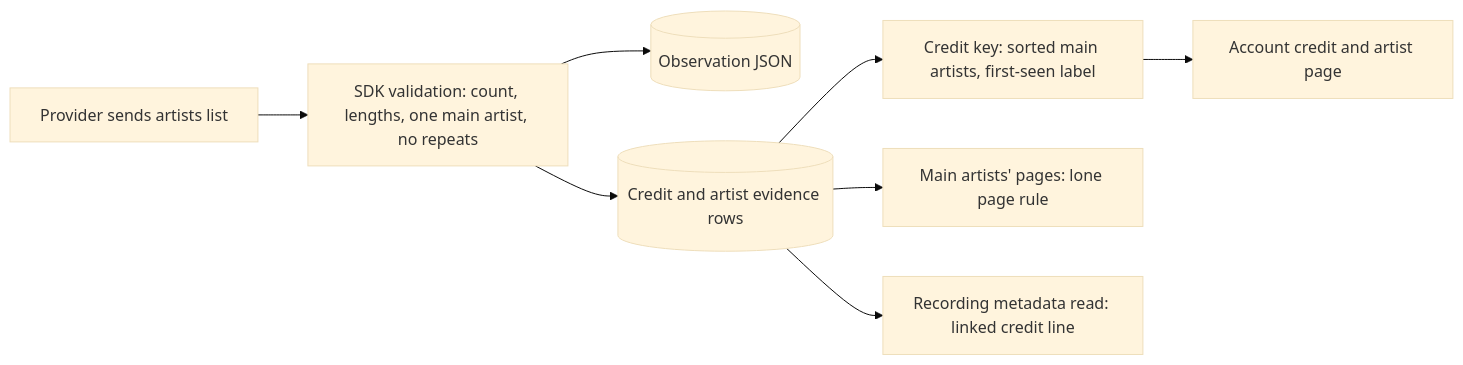
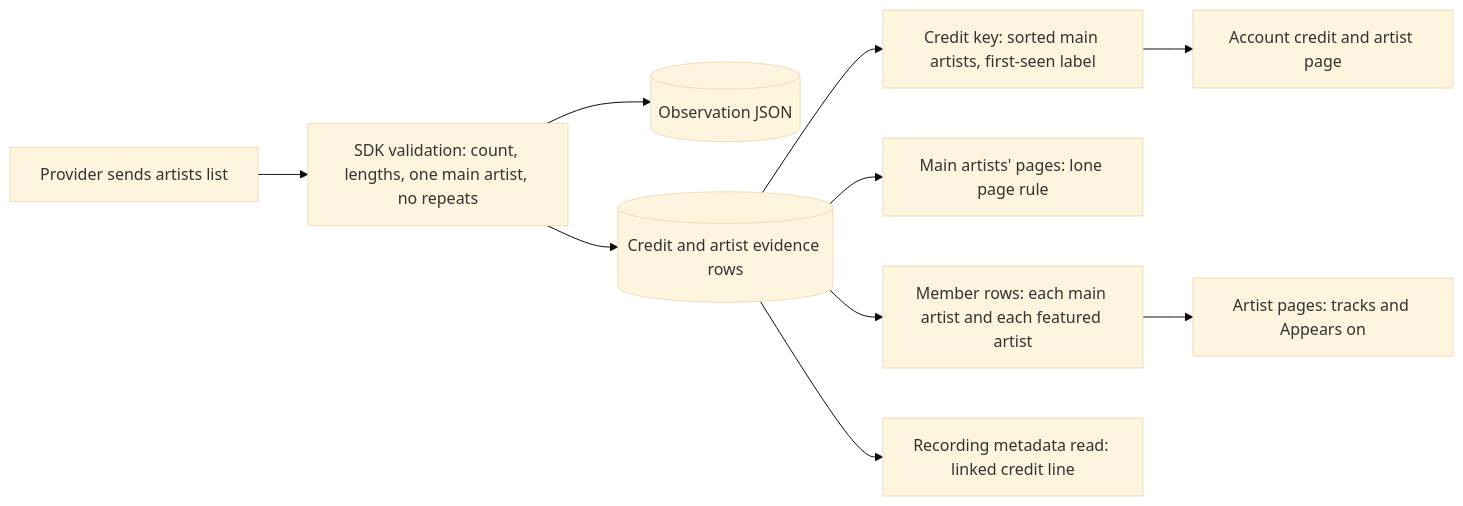
The first of 2 diagrams in docs/metadata.md (acidiney/hitoapp), drawn with Mermaid (base theme) before and after one commit. The commit also changed other lines of this file and 2 other files, not shown here.

Commit message:
Document credit members, featured appearances and the YouTube credit list

````diff
--- a/docs/metadata.md
+++ b/docs/metadata.md
@@ -165,10 +166,12 @@
 ```mermaid
 flowchart LR
     P[Provider sends artists list] --> V[SDK validation: count, lengths, one main artist, no repeats]
     V --> O[(Observation JSON)]
     V --> E[(Credit and artist evidence rows)]
     E --> L[Credit key: sorted main artists, first-seen label]
     L --> C[Account credit and artist page]
     E --> M[Main artists' pages: lone page rule]
+    E --> B[Member rows: each main artist and each featured artist]
+    B --> A[Artist pages: tracks and Appears on]
     E --> R[Recording metadata read: linked credit line]
 ```
````
